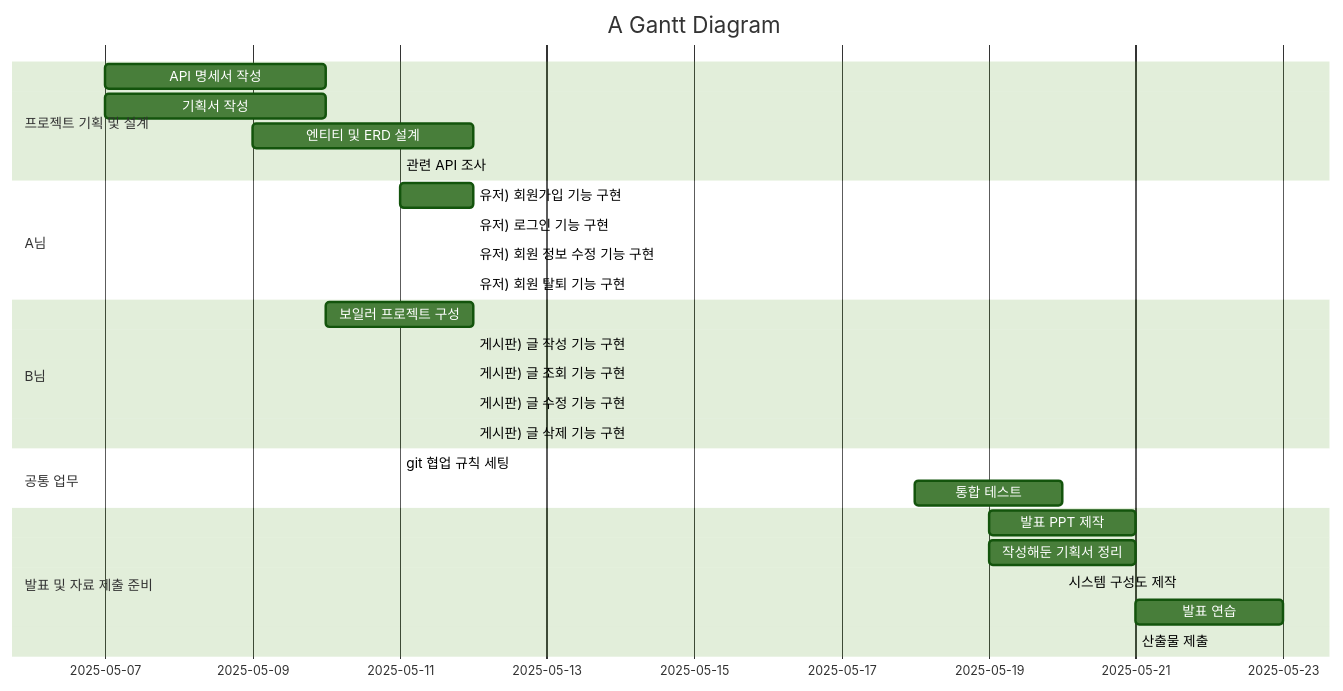
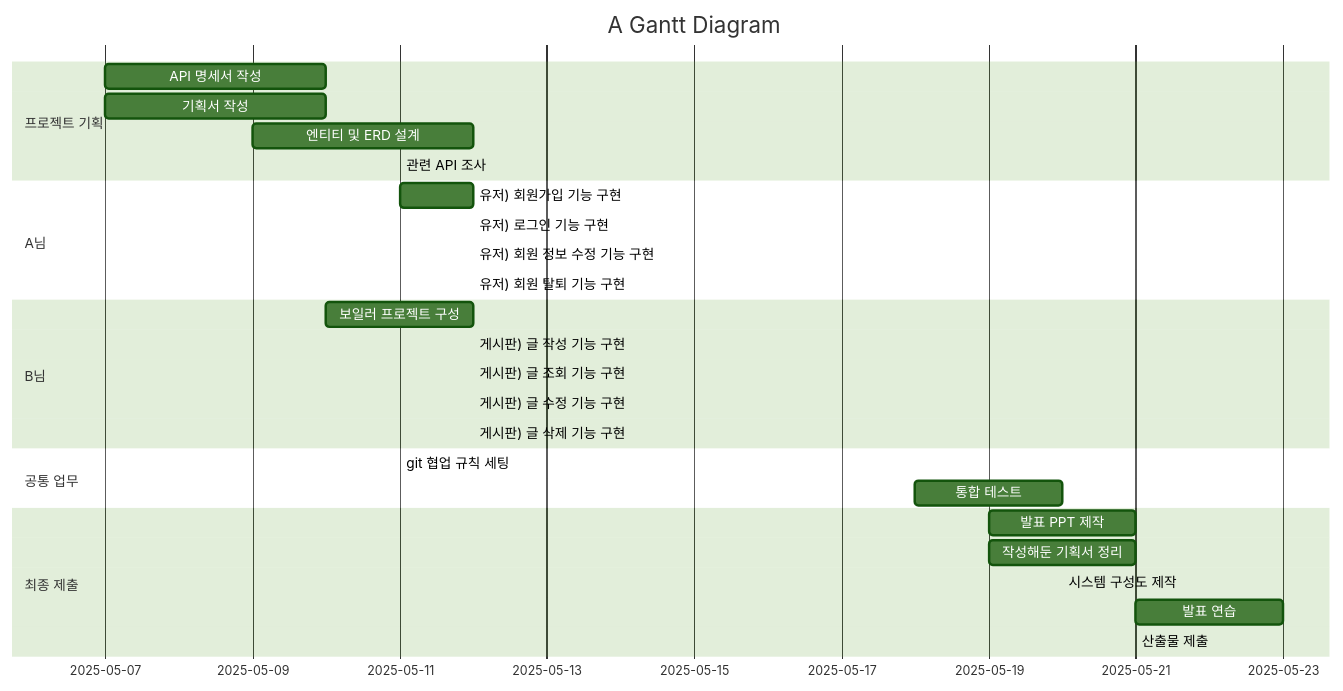
The diagram in README.md (Sunjung-Eo/Sunjung-Eo), drawn with Mermaid (forest theme) before and after one commit.

````diff
--- a/README.md
+++ b/README.md
@@ -20,34 +20,34 @@
 ```mermaid
 gantt
     title A Gantt Diagram
     dateFormat  YYYY-MM-DD
-    section  프로젝트 기획 및 설계
+    section  프로젝트 기획
     API 명세서 작성  : 2025-05-07, 3d
     기획서 작성  : 2025-05-07, 3d
     엔티티 및 ERD 설계  : 2025-05-09, 3d
     관련 API 조사 : 2025-05-11
 
     section A님
     유저) 회원가입 기능 구현 : 2025-05-12
     유저) 로그인 기능 구현 : 2025-05-12
     유저) 회원 정보 수정 기능 구현 : 2025-05-12
     유저) 회원 탈퇴 기능 구현 : 2025-05-12
 
     section B님
     보일러 프로젝트 구성 : 2025-05-10, 2d
     게시판) 글 작성 기능 구현 : 2025-05-12
     게시판) 글 조회 기능 구현 : 2025-05-12
     게시판) 글 수정 기능 구현 : 2025-05-12
     게시판) 글 삭제 기능 구현 : 2025-05-12
 
     section 공통 업무
     git 협업 규칙 세팅 : 2025-05-11
     통합 테스트 : 2025-05-18, 2d
 
-    section 발표 및 자료 제출 준비
+    section 최종 제출
     발표 PPT 제작 : 2025-05-19 , 2d
     작성해둔 기획서 정리 : 2025-05-19, 2d
     시스템 구성도 제작 : 2025-05-20
     발표 연습 : 2025-05-21, 2d
     산출물 제출 : 2025-05-21
 ```
````
